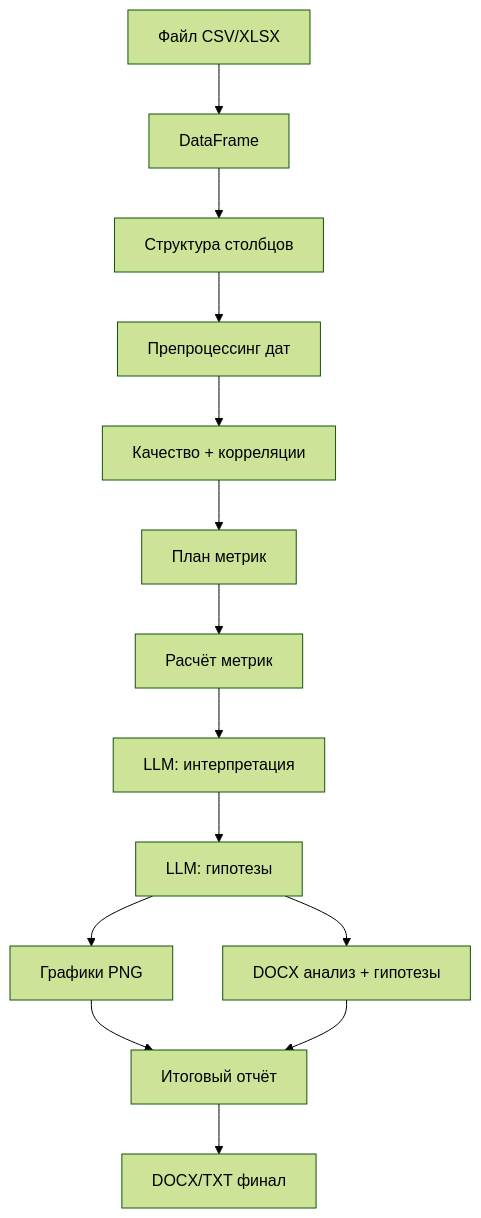
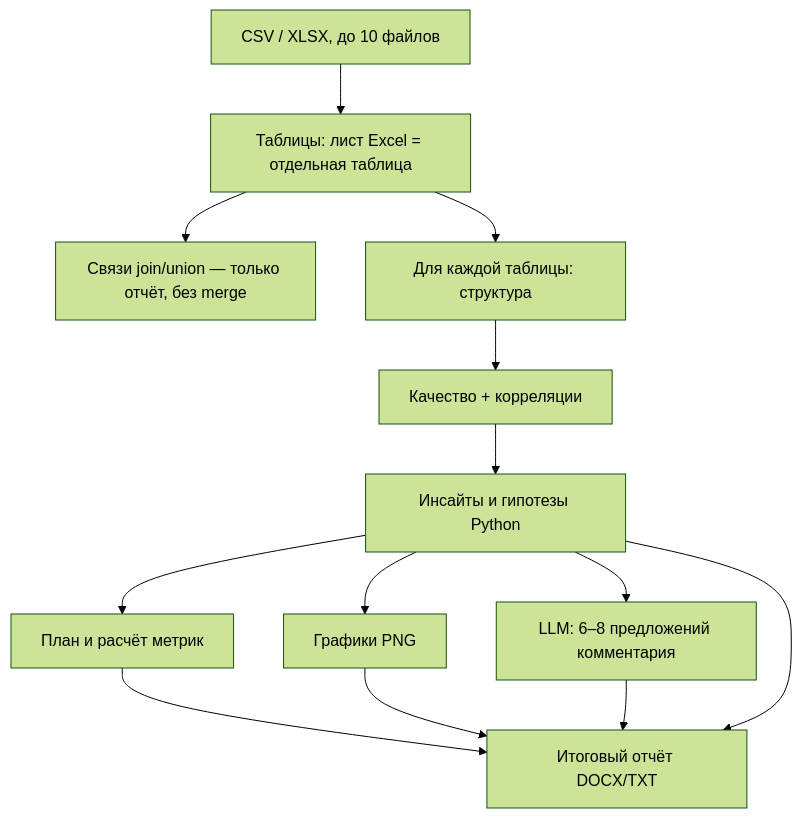
The diagram in docs/pipeline.md (sweetd0vee/ai-ds), drawn with Mermaid (forest theme) before and after one commit. The commit also changed other lines of this file and 36 other files, not shown here.

````diff
--- a/docs/pipeline.md
+++ b/docs/pipeline.md
@@ -24,16 +28,15 @@
 ```mermaid
 flowchart TD
-    A[Файл CSV/XLSX] --> B[DataFrame]
-    B --> C[Структура столбцов]
-    C --> D[Препроцессинг дат]
+    A[CSV / XLSX, до 10 файлов] --> B[Таблицы: лист Excel = отдельная таблица]
+    B --> C[Связи join/union — только отчёт, без merge]
+    B --> D[Для каждой таблицы: структура]
     D --> E[Качество + корреляции]
-    E --> F[План метрик]
-    F --> G[Расчёт метрик]
-    G --> H[LLM: интерпретация]
-    H --> I[LLM: гипотезы]
-    I --> J[Графики PNG]
-    I --> K[DOCX анализ + гипотезы]
-    J --> L[Итоговый отчёт]
-    K --> L
-    L --> M[DOCX/TXT финал]
+    E --> F[Инсайты и гипотезы Python]
+    F --> G[План и расчёт метрик]
+    F --> H[Графики PNG]
+    F --> I[LLM: 6–8 предложений комментария]
+    G --> J[Итоговый отчёт DOCX/TXT]
+    H --> J
+    I --> J
+    F --> J
 ```
````
